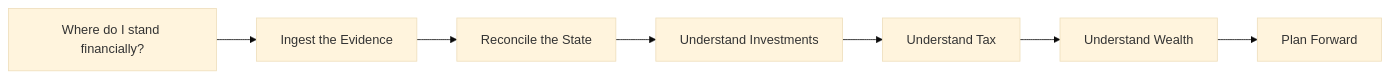
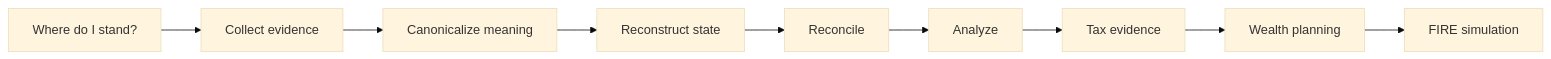
The first of 12 diagrams in docs/about/project.md (tks18/personal-finance-etl), drawn with Mermaid (base theme) before and after one commit. The commit also changed other lines of this file, not shown here.

````diff
--- a/docs/about/project.md
+++ b/docs/about/project.md
@@ -9,9 +13,11 @@
 ```mermaid
 flowchart LR
-    Q["Where do I stand financially?"] --> ETL["Ingest the Evidence"]
-    ETL --> REC["Reconcile the State"]
-    REC --> INV["Understand Investments"]
-    INV --> TAX["Understand Tax"]
-    TAX --> WEALTH["Understand Wealth"]
-    WEALTH --> FIRE["Plan Forward"]
+    Q["Where do I stand?"] --> E["Collect evidence"]
+    E --> C["Canonicalize meaning"]
+    C --> R["Reconstruct state"]
+    R --> X["Reconcile"]
+    X --> A["Analyze"]
+    A --> T["Tax evidence"]
+    T --> W["Wealth planning"]
+    W --> F["FIRE simulation"]
 ```
````
